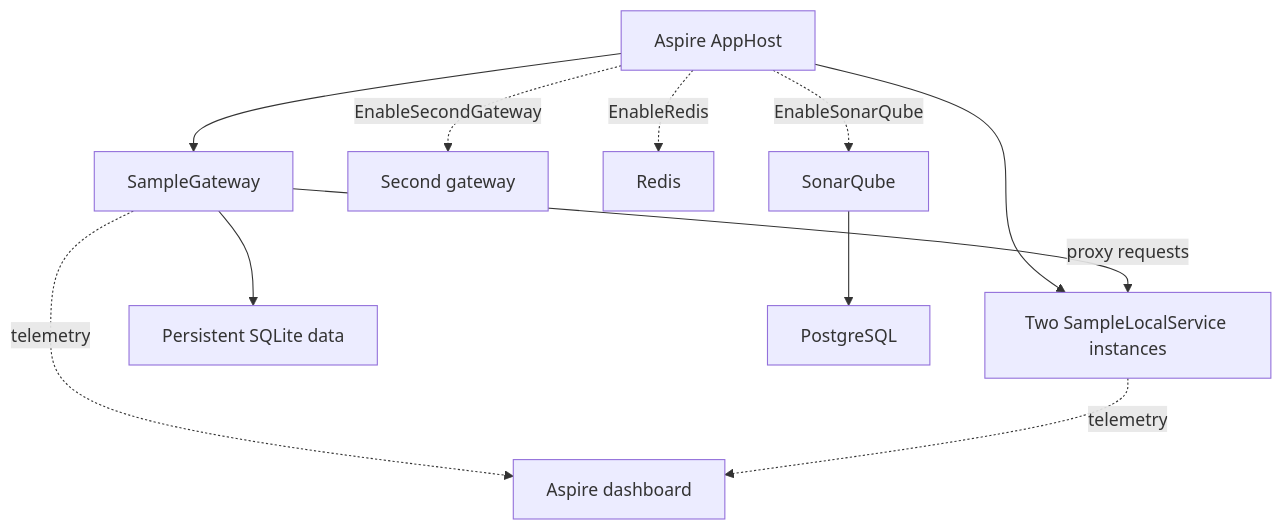
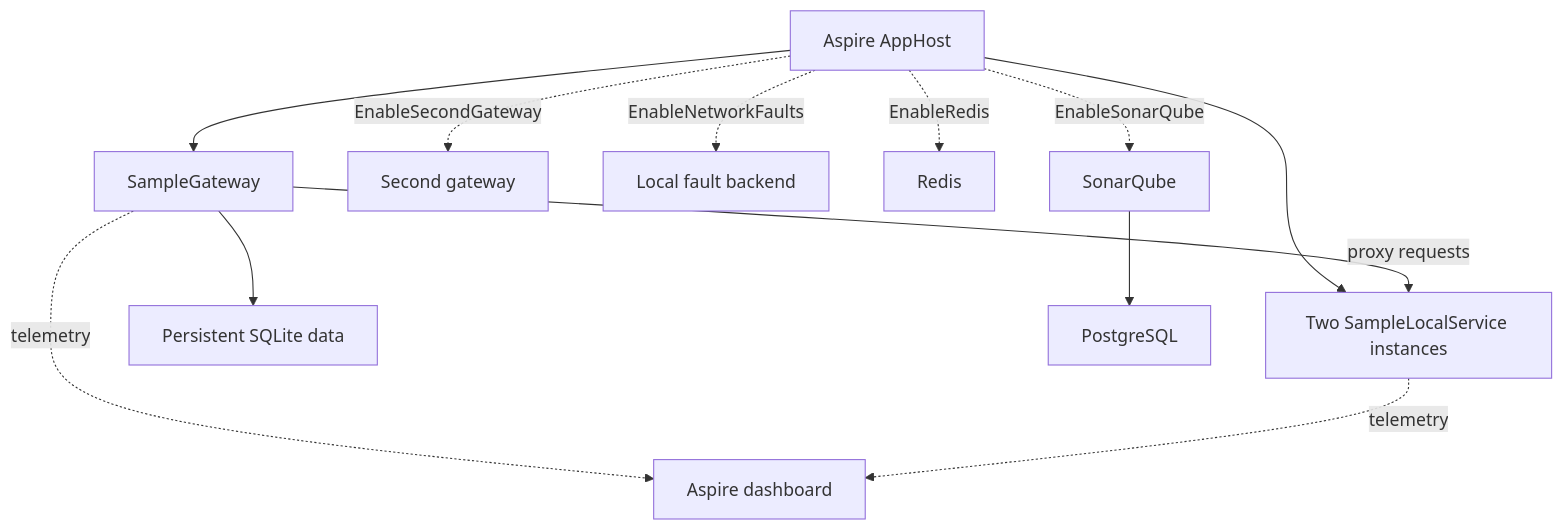
The diagram in Wafish.AppHost/README.md (hallojoe/wafish), drawn with Mermaid before and after one commit. The commit also changed other lines of this file and 9 other files, not shown here.

Commit message:
feat: demonstrate optional network faults in Aspire (R49)

````diff
--- a/Wafish.AppHost/README.md
+++ b/Wafish.AppHost/README.md
@@ -9,13 +9,14 @@
 ```mermaid
 flowchart TD
     AppHost["Aspire AppHost"] --> Gateway["SampleGateway"]
     AppHost --> Backends["Two SampleLocalService instances"]
     Gateway -->|"proxy requests"| Backends
     Gateway --> Data["Persistent SQLite data"]
     Gateway -. "telemetry" .-> Dashboard["Aspire dashboard"]
     Backends -. "telemetry" .-> Dashboard
     AppHost -. "EnableSecondGateway" .-> Second["Second gateway"]
+    AppHost -. "EnableNetworkFaults" .-> Faults["Local fault backend"]
     AppHost -. "EnableRedis" .-> Redis["Redis"]
     AppHost -. "EnableSonarQube" .-> Sonar["SonarQube"]
     Sonar --> Postgres["PostgreSQL"]
 ```
````
